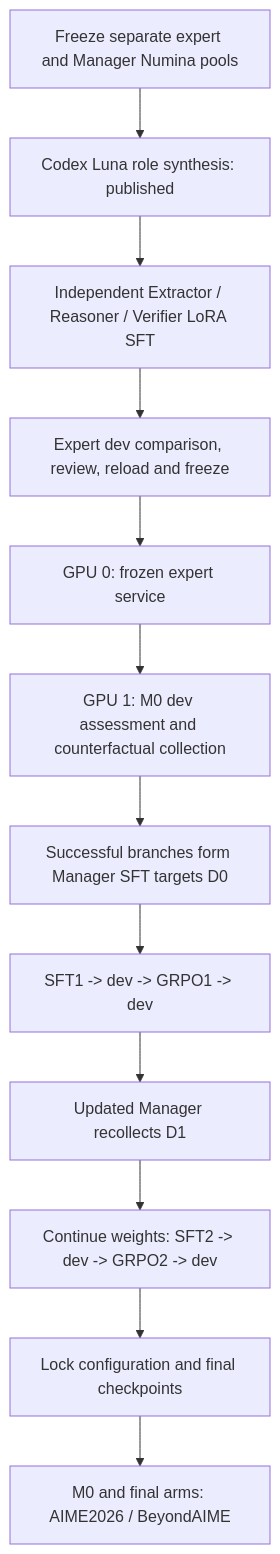
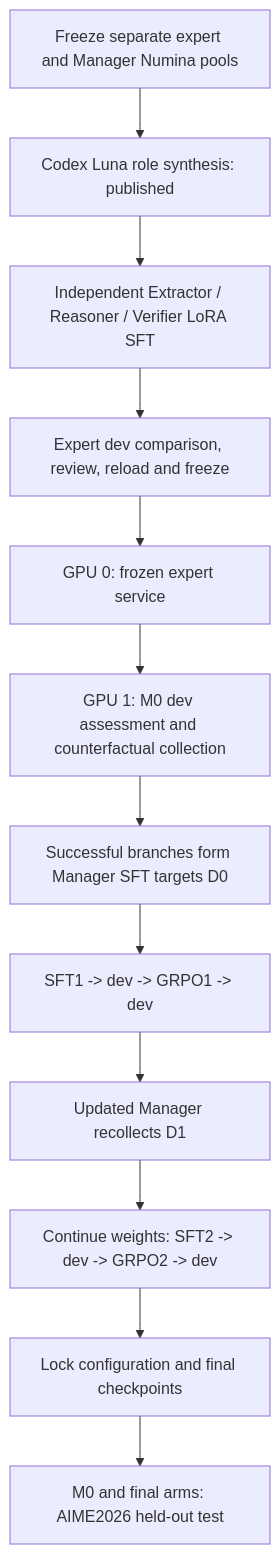
One commit to Candy26i/9.30 changed the diagram in agent_routing/docs/MARGENT_END_TO_END_RUNBOOK.md. Above: the diagram before and after it, drawn with Mermaid. The commit also changed other lines of this file and 7 other files, not shown here.

````diff
--- a/agent_routing/docs/MARGENT_END_TO_END_RUNBOOK.md
+++ b/agent_routing/docs/MARGENT_END_TO_END_RUNBOOK.md
@@ -22,14 +22,14 @@
 ```mermaid
 flowchart TD
   A[Freeze separate expert and Manager Numina pools] --> B[Codex Luna role synthesis: published]
   B --> C[Independent Extractor / Reasoner / Verifier LoRA SFT]
   C --> D[Expert dev comparison, review, reload and freeze]
   D --> E[GPU 0: frozen expert service]
   E --> F[GPU 1: M0 dev assessment and counterfactual collection]
   F --> G[Successful branches form Manager SFT targets D0]
   G --> H[SFT1 -> dev -> GRPO1 -> dev]
   H --> I[Updated Manager recollects D1]
   I --> J[Continue weights: SFT2 -> dev -> GRPO2 -> dev]
   J --> K[Lock configuration and final checkpoints]
-  K --> L[M0 and final arms: AIME2026 / BeyondAIME]
+  K --> L[M0 and final arms: AIME2026 held-out test]
 ```
````
